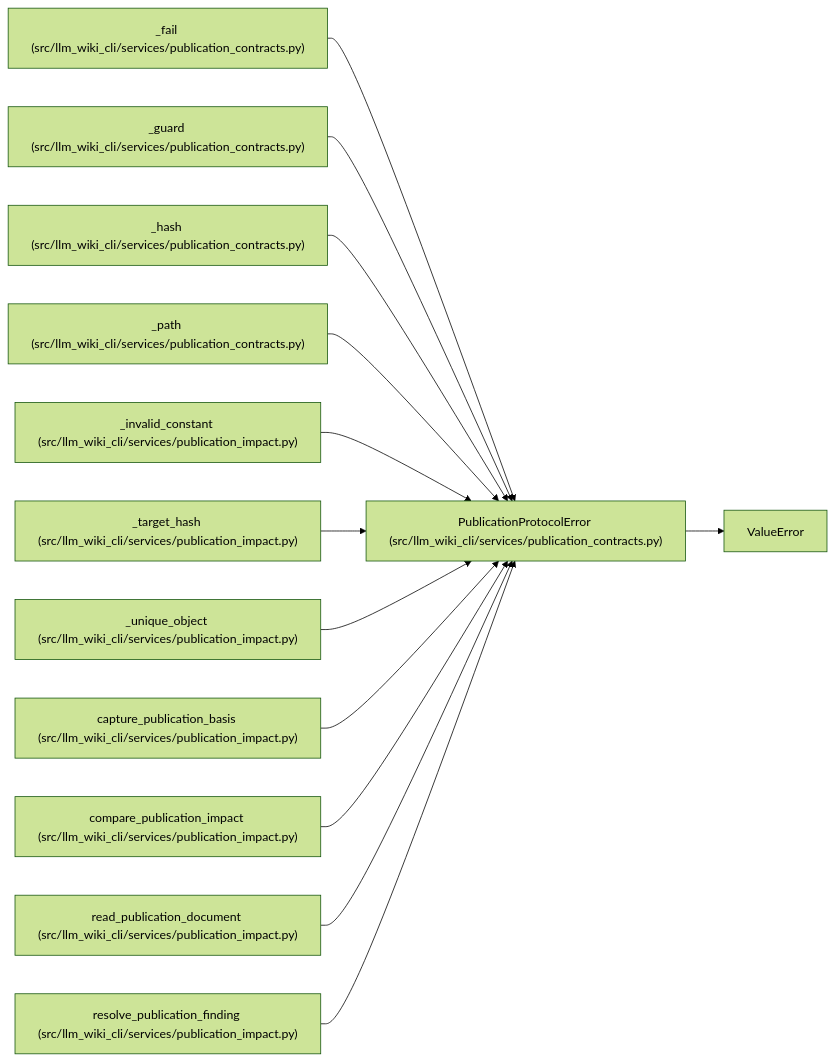
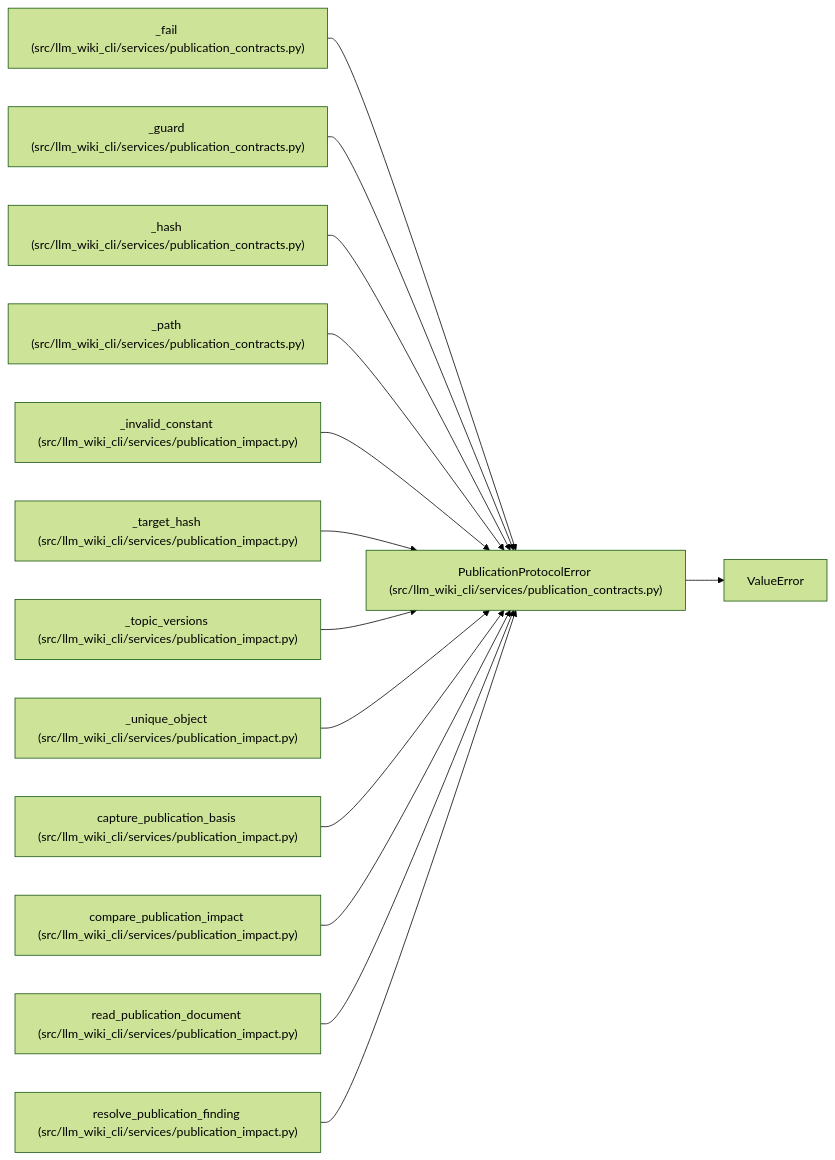
The diagram in docs/llm_wiki/entities/PublicationProtocolError.md (Denissvgn/python-wiki-llm), drawn with Mermaid (forest theme) before and after one commit. The commit also changed other lines of this file and 224 other files, not shown here.

````diff
--- a/docs/llm_wiki/entities/PublicationProtocolError.md
+++ b/docs/llm_wiki/entities/PublicationProtocolError.md
@@ -23,40 +23,43 @@
 ```mermaid
 flowchart LR
     n0["PublicationProtocolError (src/llm_wiki_cli/services/publication_contracts.py)"]
     n1["ValueError"]
     n2["_fail (src/llm_wiki_cli/services/publication_contracts.py)"]
     n3["_guard (src/llm_wiki_cli/services/publication_contracts.py)"]
     n4["_hash (src/llm_wiki_cli/services/publication_contracts.py)"]
     n5["_path (src/llm_wiki_cli/services/publication_contracts.py)"]
     n6["_invalid_constant (src/llm_wiki_cli/services/publication_impact.py)"]
     n7["_target_hash (src/llm_wiki_cli/services/publication_impact.py)"]
-    n8["_unique_object (src/llm_wiki_cli/services/publication_impact.py)"]
-    n9["capture_publication_basis (src/llm_wiki_cli/services/publication_impact.py)"]
-    n10["compare_publication_impact (src/llm_wiki_cli/services/publication_impact.py)"]
-    n11["read_publication_document (src/llm_wiki_cli/services/publication_impact.py)"]
-    n12["resolve_publication_finding (src/llm_wiki_cli/services/publication_impact.py)"]
+    n8["_topic_versions (src/llm_wiki_cli/services/publication_impact.py)"]
+    n9["_unique_object (src/llm_wiki_cli/services/publication_impact.py)"]
+    n10["capture_publication_basis (src/llm_wiki_cli/services/publication_impact.py)"]
+    n11["compare_publication_impact (src/llm_wiki_cli/services/publication_impact.py)"]
+    n12["read_publication_document (src/llm_wiki_cli/services/publication_impact.py)"]
+    n13["resolve_publication_finding (src/llm_wiki_cli/services/publication_impact.py)"]
     n0 --> n1
     n2 --> n0
     n3 --> n0
     n4 --> n0
     n5 --> n0
     n6 --> n0
     n7 --> n0
     n8 --> n0
     n9 --> n0
     n10 --> n0
     n11 --> n0
     n12 --> n0
+    n13 --> n0
     click n0 "../modules/publication_contracts.md"
     click n2 "../modules/publication_contracts.md"
     click n3 "../modules/publication_contracts.md"
     click n4 "../modules/publication_contracts.md"
     click n5 "../modules/publication_contracts.md"
     click n6 "../modules/publication_impact.md"
     click n7 "../modules/publication_impact.md"
     click n8 "../modules/publication_impact.md"
     click n9 "../modules/publication_impact.md"
     click n10 "../modules/publication_impact.md"
     click n11 "../modules/publication_impact.md"
     click n12 "../modules/publication_impact.md"
+    click n13 "../modules/publication_impact.md"
 ```
````
